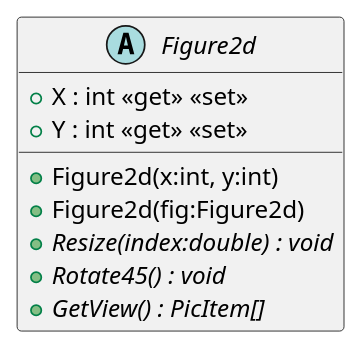
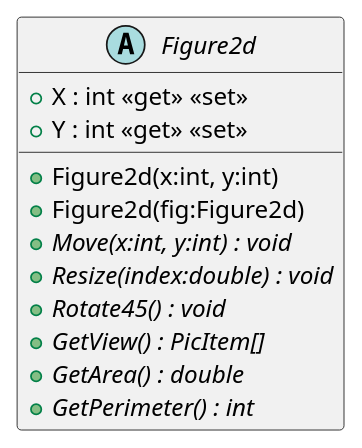
Before and after one commit to 19vano97/levelUpOOP: the diagram in plantuml/20240701_HW_Inheritence/Figure2d.puml, drawn with PlantUML. The commit also changed 30 other files, not shown here.

Commit message:
fix galaga to fraw a class diagram

```diff
--- a/plantuml/20240701_HW_Inheritence/Figure2d.puml
+++ b/plantuml/20240701_HW_Inheritence/Figure2d.puml
@@ -1,11 +1,14 @@
 @startuml
 abstract class Figure2d {
     + Figure2d(x:int, y:int)
     + Figure2d(fig:Figure2d)
     + X : int <<get>> <<set>>
     + Y : int <<get>> <<set>>
+    + {abstract} Move(x:int, y:int) : void
     + {abstract} Resize(index:double) : void
     + {abstract} Rotate45() : void
     + {abstract} GetView() : PicItem[]
+    + {abstract} GetArea() : double
+    + {abstract} GetPerimeter() : int
 }
 @enduml
```
